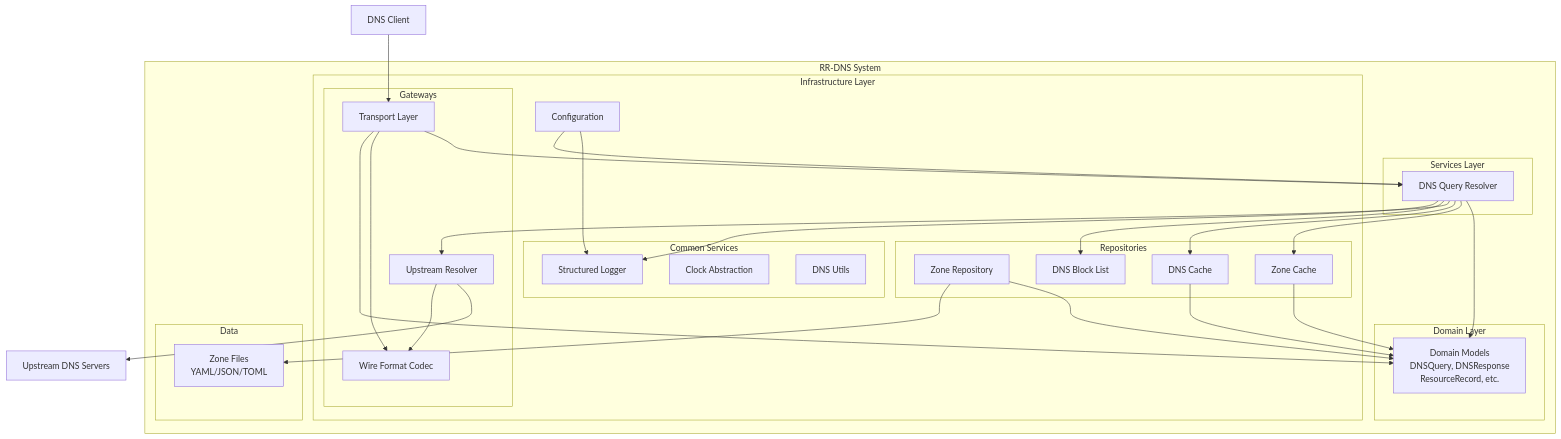
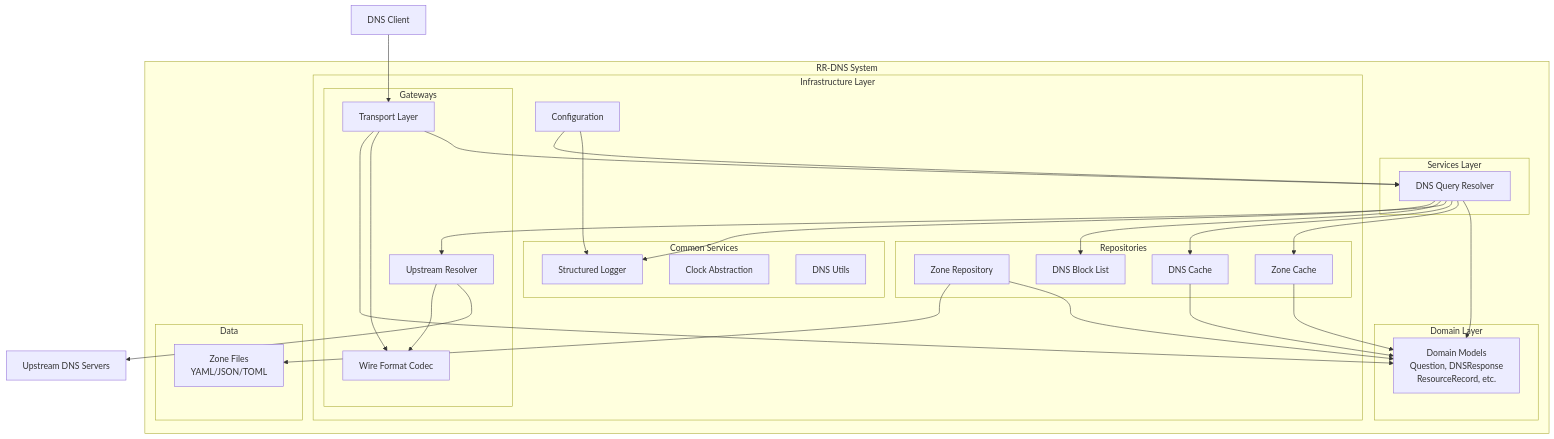
The fourth of 9 diagrams in docs/arc42.md (haukened/rr-dns), drawn with Mermaid before and after one commit. The commit also changed other lines of this file and 14 other files, not shown here.

Commit message:
refactor: rename DNSQuery to Question across documentation and codebase

````diff
--- a/docs/arc42.md
+++ b/docs/arc42.md
@@ -110,58 +110,58 @@
 ```mermaid
 graph TD
     subgraph "RR-DNS System"
         subgraph "Services Layer"
             Resolver[DNS Query Resolver]
         end
         
         subgraph "Domain Layer"
-            Domain[Domain Models<br/>DNSQuery, DNSResponse<br/>ResourceRecord, etc.]
+            Domain[Domain Models<br/>Question, DNSResponse<br/>ResourceRecord, etc.]
         end
         
         subgraph "Infrastructure Layer"
             subgraph "Gateways"
                 UDPServer[Transport Layer]
                 UpstreamResolver[Upstream Resolver]
                 Wire[Wire Format Codec]
             end
             
             subgraph "Repositories"
                 ZoneLoader[Zone Repository]
                 ZoneCache[Zone Cache]
                 DNSCache[DNS Cache]
                 BlockList[DNS Block List]
             end
             
             subgraph "Common Services"
                 Logger[Structured Logger]
                 Clock[Clock Abstraction]
                 Utils[DNS Utils]
             end
             
             Config[Configuration]
         end
         
         subgraph "Data"
             ZoneFiles[Zone Files<br/>YAML/JSON/TOML]
         end
     end
     
     Client[DNS Client] --> UDPServer
     UDPServer --> Resolver
     Resolver --> Domain
     Resolver --> ZoneCache
     Resolver --> DNSCache
     Resolver --> UpstreamResolver
     Resolver --> BlockList
     Resolver --> Logger
     ZoneLoader --> Domain
     ZoneLoader --> ZoneFiles
     ZoneCache --> Domain
     DNSCache --> Domain
     UpstreamResolver --> Internet[Upstream DNS Servers]
     UpstreamResolver --> Wire
     UDPServer --> Wire
     UDPServer --> Domain
     Config --> Logger
     Config --> Resolver
 ```
````
